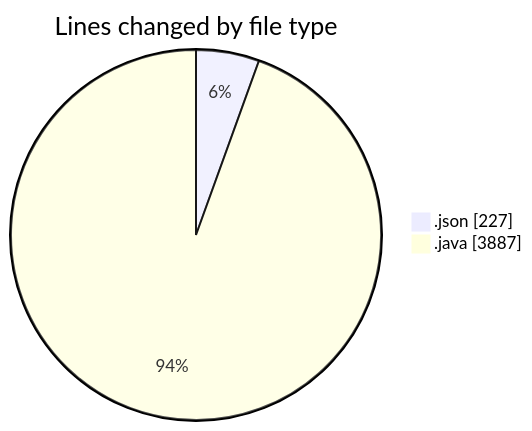
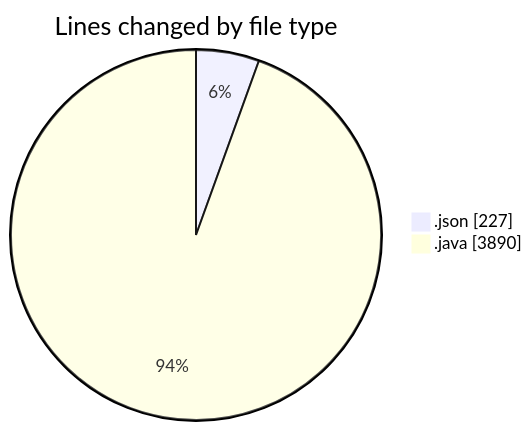
One commit to ricardozamudiocil/code-tracking changed the first of 2 diagrams in 2026-05-04/cilapp/README.md. Above: the diagram before and after it, drawn with Mermaid. The commit also changed other lines of this file and 1 other file, not shown here.

````diff
--- a/2026-05-04/cilapp/README.md
+++ b/2026-05-04/cilapp/README.md
@@ -28,6 +28,6 @@
 ```mermaid
 pie showData
 title Lines changed by file type
 ".json" : 227
-".java" : 3887
+".java" : 3890
 ```
````
